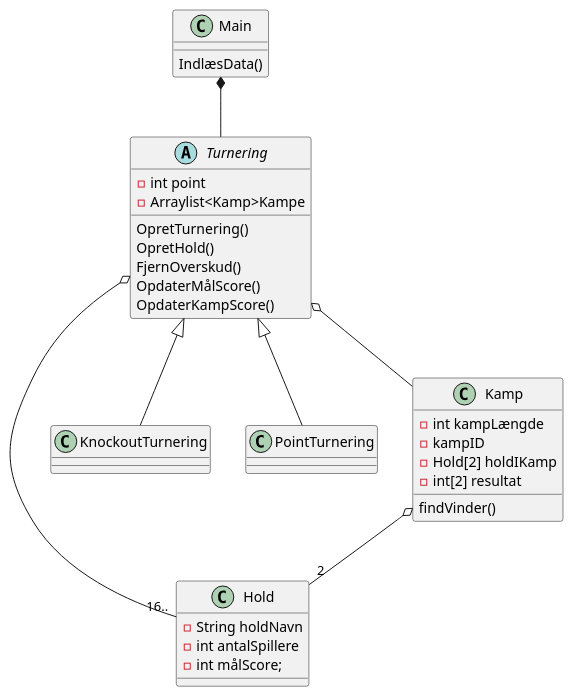
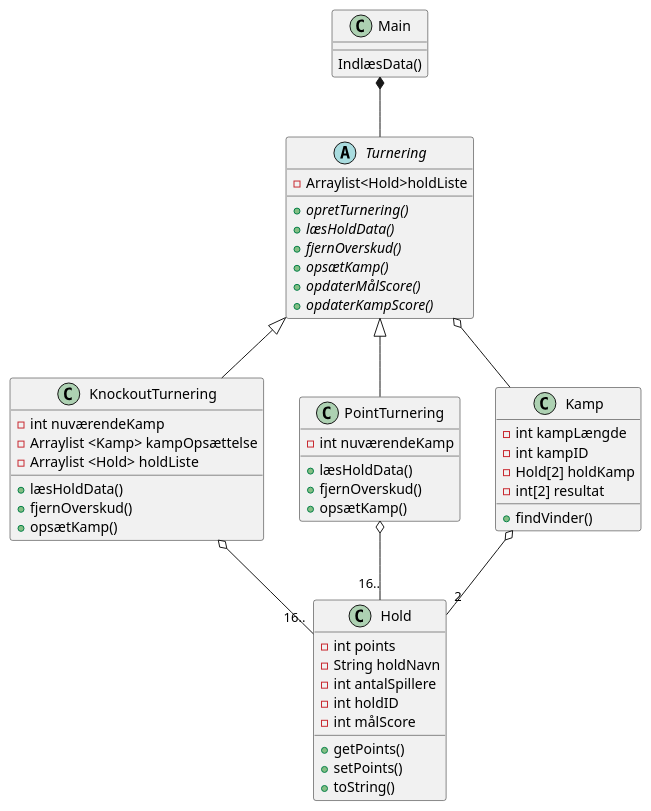
The diagram in SP3/src/UML/Klassediagram.puml (Datamatiker-A3/SP3), drawn with PlantUML before and after one commit. The commit also changed 4 other files, not shown here.

Commit message:
Updated UML

```diff
--- a/SP3/src/UML/Klassediagram.puml
+++ b/SP3/src/UML/Klassediagram.puml
@@ -1,52 +1,67 @@
 @startuml
 'https://plantuml.com/class-diagram
 
 abstract class Turnering
 class Main
 class Hold
 class KnockoutTurnering
 class PointTurnering
 class Kamp
 
 Main *-- Turnering
 Turnering <|-- KnockoutTurnering
 Turnering<|-- PointTurnering
-Turnering o-- "16.." Hold
+KnockoutTurnering o-- "16.." Hold
+PointTurnering o-- "16.." Hold
 Turnering o-- Kamp
 Kamp o-- "2" Hold
 
 
 class Main {
 IndlæsData()
 }
 class Kamp{
 - int kampLængde
-- kampID
-- Hold[2] holdIKamp
+- int kampID
+- Hold[2] holdKamp
 - int[2] resultat
-findVinder()
++ findVinder()
 }
 
 class Hold{
--String holdNavn
--int antalSpillere
-- int målScore;
+- int points
+- String holdNavn
+- int antalSpillere
+- int holdID
+- int målScore
++ getPoints()
++ setPoints()
++ toString()
 
 }
 abstract class Turnering{
--int point
--Arraylist<Kamp>Kampe
-OpretTurnering()
-OpretHold()
-FjernOverskud()
-OpdaterMålScore()
-OpdaterKampScore()
+- Arraylist<Hold>holdListe
++ {abstract}opretTurnering()
++ {abstract}læsHoldData()
++ {abstract}fjernOverskud()
++ {abstract}opsætKamp()
++ {abstract}opdaterMålScore()
++ {abstract}opdaterKampScore()
 }
 class KnockoutTurnering{
-
+- int nuværendeKamp
+- Arraylist <Kamp> kampOpsættelse
+- Arraylist <Hold> holdListe
++ læsHoldData()
++ fjernOverskud()
++ opsætKamp()
 }
 class PointTurnering{
+- int nuværendeKamp
++ læsHoldData()
++ fjernOverskud()
++ opsætKamp()
 }
 
 
 @enduml
```
